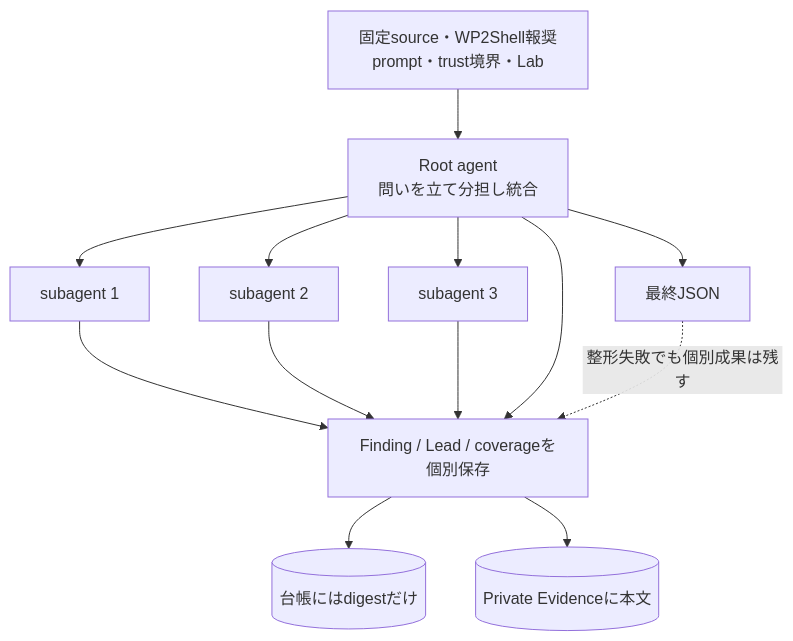
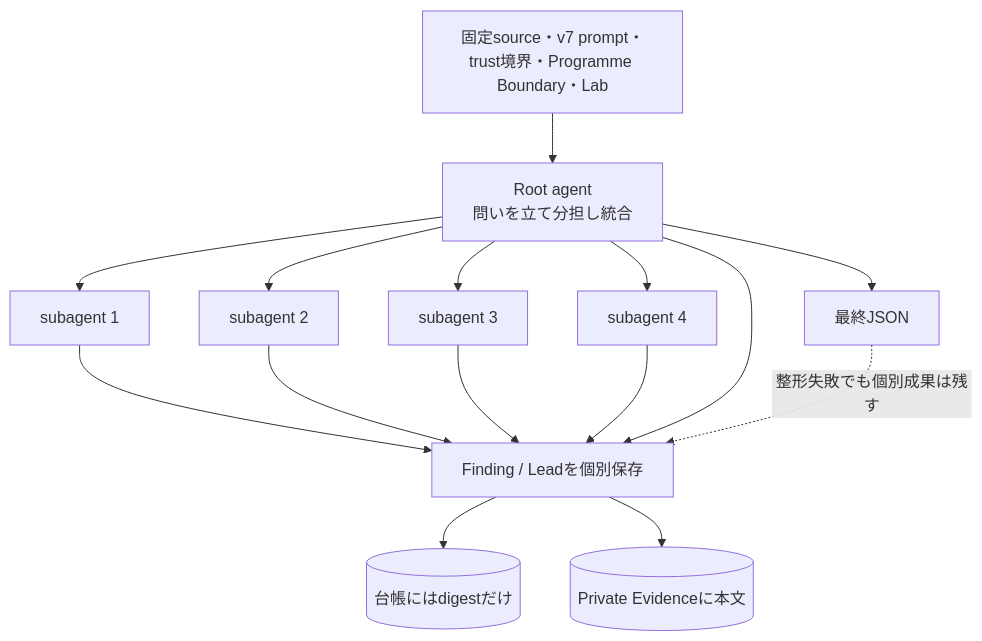
Before and after one commit to momoponwork1415-lgtm/wordpress-bounty-harness: the third of 5 diagrams in docs/ARCHITECTURE.md, drawn with Mermaid. The commit also changed other lines of this file and 42 other files, not shown here.

````diff
--- a/docs/ARCHITECTURE.md
+++ b/docs/ARCHITECTURE.md
@@ -43,13 +43,14 @@
 ```mermaid
 flowchart TB
-  INPUT[固定source・WP2Shell報奨prompt・trust境界・Lab] --> ROOT[Root agent<br/>問いを立て分担し統合]
+  INPUT[固定source・v7 prompt・trust境界・Programme Boundary・Lab] --> ROOT[Root agent<br/>問いを立て分担し統合]
   ROOT --> A[subagent 1]
   ROOT --> B[subagent 2]
   ROOT --> C[subagent 3]
-  A & B & C --> RESULTS[Finding / Lead / coverageを個別保存]
+  ROOT --> D[subagent 4]
+  A & B & C & D --> RESULTS[Finding / Leadを個別保存]
   ROOT --> RESULTS
   RESULTS --> LEDGER[(台帳にはdigestだけ)]
   RESULTS --> PRIVATE[(Private Evidenceに本文)]
   ROOT --> FINAL[最終JSON]
   FINAL -.整形失敗でも個別成果は残す.-> RESULTS
 ```
````
